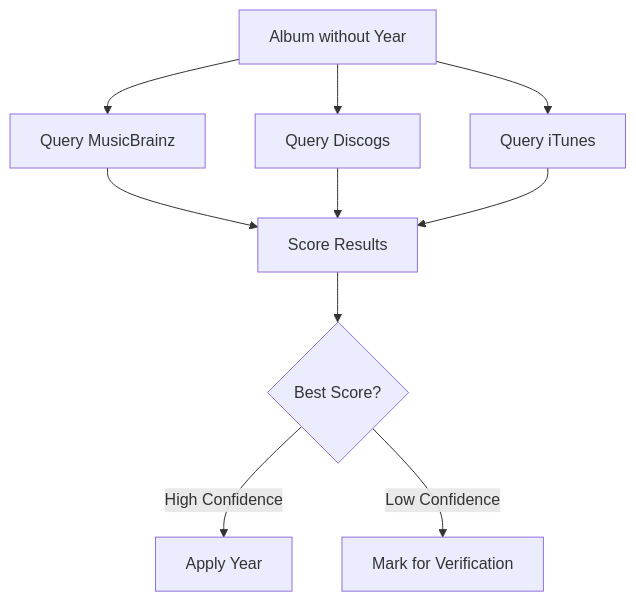
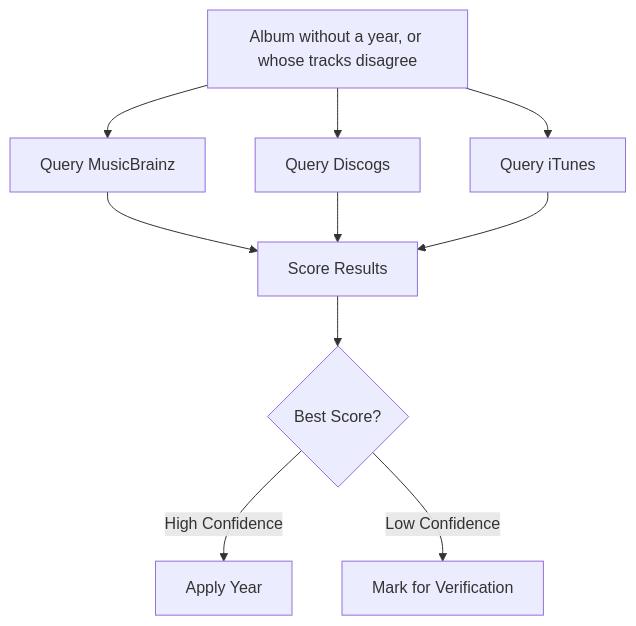
One commit to barad1tos/GenreUpdater changed the diagram in docs/guide/years.md. Above: the diagram before and after it, drawn with Mermaid. The commit also changed other lines of this file and 2 other files, not shown here.

First line of the commit message:
docs(years): describe what decides an album's year

````diff
--- a/docs/guide/years.md
+++ b/docs/guide/years.md
@@ -19,12 +19,12 @@
 ```mermaid
 flowchart TD
-    A[Album without Year] --> B[Query MusicBrainz]
+    A[Album without a year, or whose tracks disagree] --> B[Query MusicBrainz]
     A --> C[Query Discogs]
     A --> D[Query iTunes]
     B --> E[Score Results]
     C --> E
     D --> E
     E --> F{Best Score?}
     F -->|High Confidence| G[Apply Year]
     F -->|Low Confidence| H[Mark for Verification]
 ```
````
